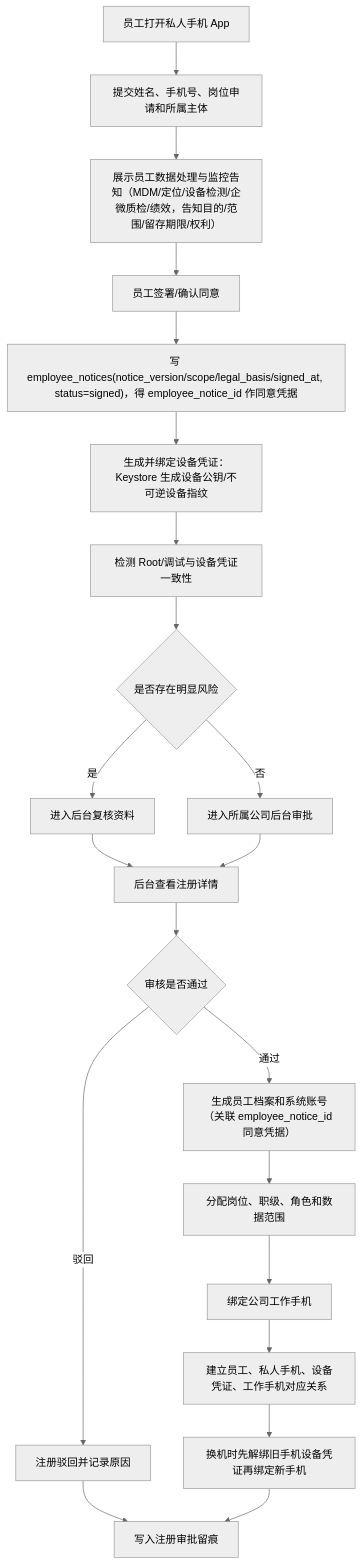
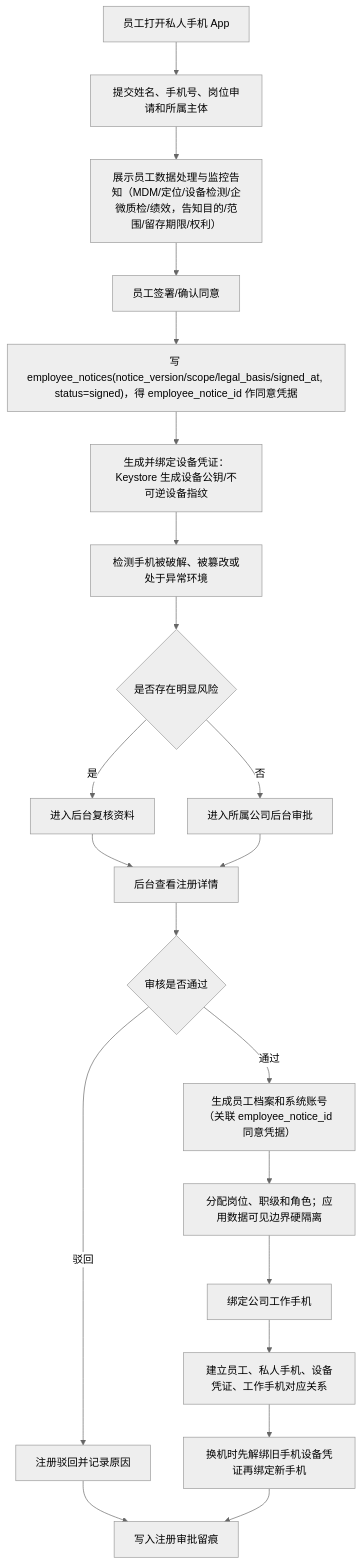
Before and after one commit to jxh1979/mall: the tenth of 19 diagrams in docs/platform-governance-product-spec-v0.2.md, drawn with Mermaid (neutral theme). The commit also changed other lines of this file and 8 other files, not shown here.

````diff
--- a/docs/platform-governance-product-spec-v0.2.md
+++ b/docs/platform-governance-product-spec-v0.2.md
@@ -1791,23 +1789,23 @@
 ```mermaid
 flowchart TD
     A["员工打开私人手机 App"] --> B["提交姓名、手机号、岗位申请和所属主体"]
     B --> B1["展示员工数据处理与监控告知（MDM/定位/设备检测/企微质检/绩效，告知目的/范围/留存期限/权利）"]
     B1 --> B2["员工签署/确认同意"]
     B2 --> B3["写 employee_notices(notice_version/scope/legal_basis/signed_at, status=signed)，得 employee_notice_id 作同意凭据"]
     B3 --> C["生成并绑定设备凭证：Keystore 生成设备公钥/不可逆设备指纹"]
-    C --> D["检测 Root/调试与设备凭证一致性"]
+    C --> D["检测手机被破解、被篡改或处于异常环境"]
     D --> E{"是否存在明显风险"}
     E -- "是" --> F["进入后台复核资料"]
     E -- "否" --> G["进入所属公司后台审批"]
     F --> H["后台查看注册详情"]
     G --> H
     H --> I{"审核是否通过"}
     I -- "驳回" --> J["注册驳回并记录原因"]
     I -- "通过" --> K["生成员工档案和系统账号（关联 employee_notice_id 同意凭据）"]
-    K --> L["分配岗位、职级、角色和数据范围"]
+    K --> L["分配岗位、职级和角色；应用数据可见边界硬隔离"]
     L --> M["绑定公司工作手机"]
     M --> N["建立员工、私人手机、设备凭证、工作手机对应关系"]
     N --> N1["换机时先解绑旧手机设备凭证再绑定新手机"]
     J --> O["写入注册审批留痕"]
     N1 --> O
 ```
````
